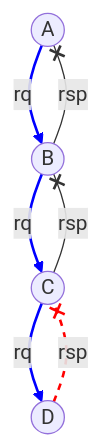
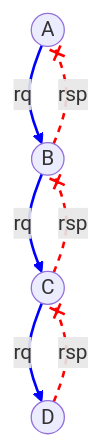
Before and after one commit to Rick-Anderson/Report: the diagram in zz.md, drawn with Mermaid.

````diff
--- a/zz.md
+++ b/zz.md
@@ -1,18 +1,18 @@
 ```mermaid
 graph TD;
     A((A))-->|rq|B((B))
     B-->|rq|C((C))
     C-->|rq|D((D))
     D--x|rsp|C
     C--x|rsp|B
     B--x|rsp|A
 
     linkStyle 0 stroke-width:2px,fill:none,stroke:blue;
     linkStyle 1 stroke-width:2px,fill:none,stroke:blue;
     linkStyle 2 stroke-width:2px,fill:none,stroke:blue;
     linkStyle 3 stroke-dasharray: 5 5, stroke-width:2px,fill:none,stroke:red;
-    linkStyle 3 stroke-dasharray: 5 5, stroke-width:2px,fill:none,stroke:red;
-    linkStyle 3 stroke-dasharray: 5 5, stroke-width:2px,fill:none,stroke:red;
+    linkStyle 4 stroke-dasharray: 5 5, stroke-width:2px,fill:none,stroke:red;
+    linkStyle 5 stroke-dasharray: 5 5, stroke-width:2px,fill:none,stroke:red;
 
 
 ```
````
